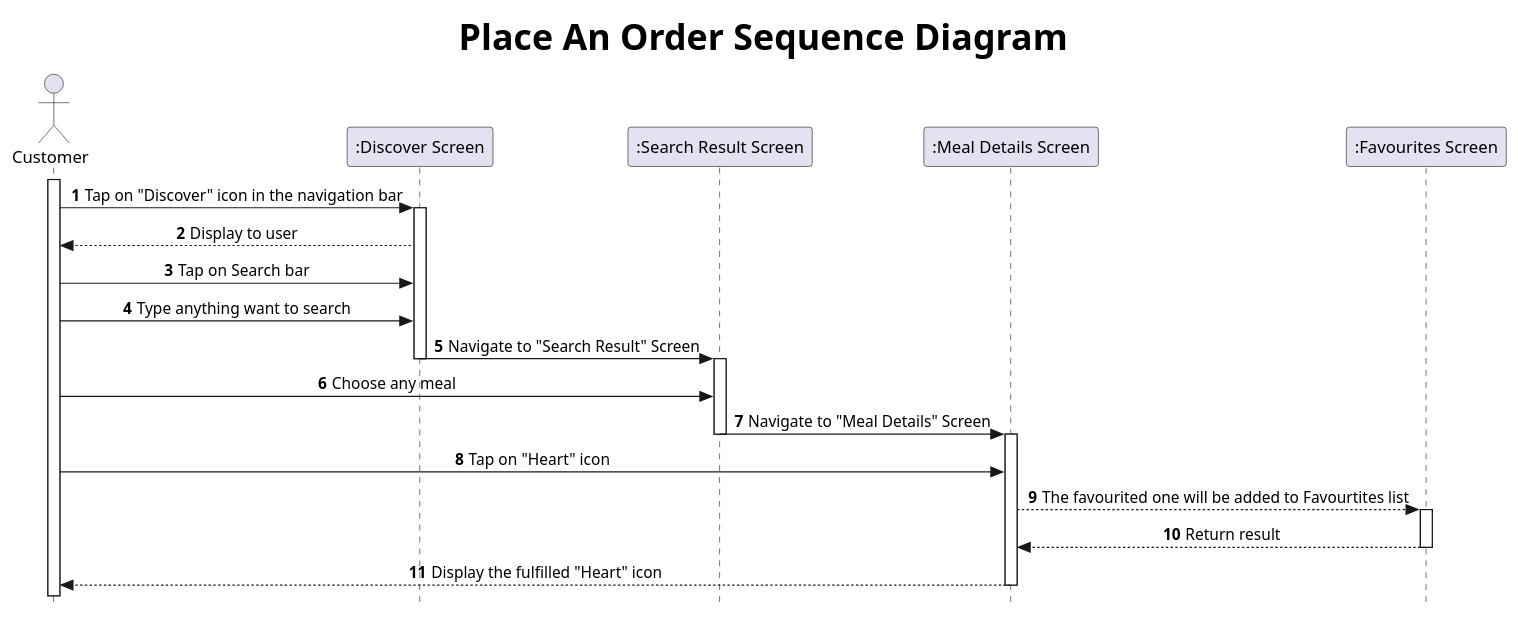
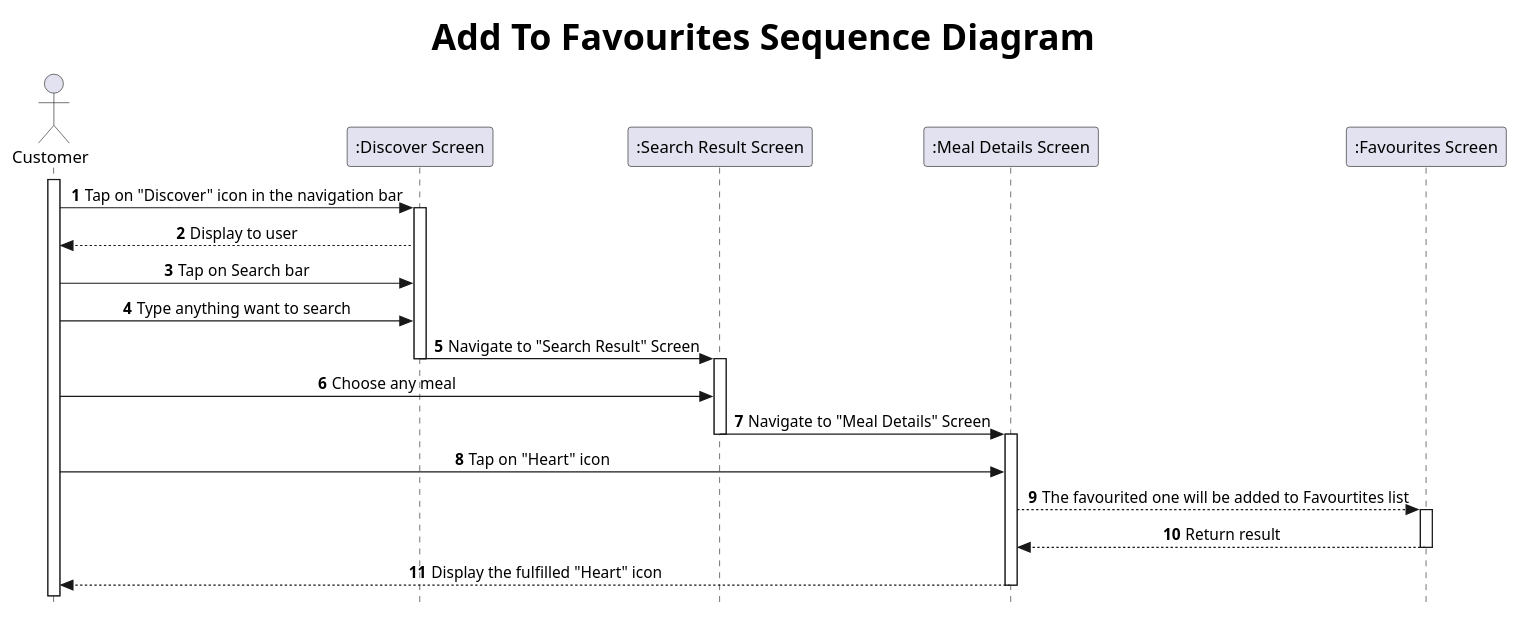
Before and after one commit to ledoantantri/SE357-Pratice-class: the diagram in Lab 1/Lab 1.2/sequence-diagrams/add-favourite.wsd, drawn with PlantUML.

```diff
--- a/Lab 1/Lab 1.2/sequence-diagrams/add-favourite.wsd
+++ b/Lab 1/Lab 1.2/sequence-diagrams/add-favourite.wsd
@@ -1,39 +1,39 @@
-@startuml Place An Order Sequence Diagram
+@startuml Add To Favourites Diagram
 
-title <size: 30> Place An Order Sequence Diagram
+title <size: 30> Add To Favourites Sequence Diagram
 
 skinparam Style strictuml
 skinparam sequenceMessageAlign center
 
 actor "Customer" as Cm
 participant ":Discover Screen" as DS
 participant ":Search Result Screen" as SR
 participant ":Meal Details Screen" as MD
 participant ":Favourites Screen" as FS
 
 autonumber
 
 activate Cm
 Cm -> DS: Tap on "Discover" icon in the navigation bar
 activate DS
 DS --> Cm: Display to user
 Cm -> DS: Tap on Search bar
 Cm -> DS: Type anything want to search
 DS -> SR: Navigate to "Search Result" Screen
 deactivate DS
 
 activate SR
 Cm -> SR: Choose any meal
 SR -> MD: Navigate to "Meal Details" Screen
 deactivate SR
 activate MD
 Cm -> MD: Tap on "Heart" icon
 MD --> FS: The favourited one will be added to Favourtites list
 activate FS
 FS --> MD: Return result
 deactivate FS
 MD --> Cm: Display the fulfilled "Heart" icon 
 deactivate MD
 
 
 @enduml
```
